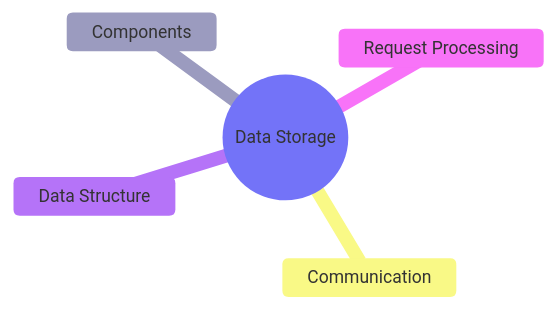
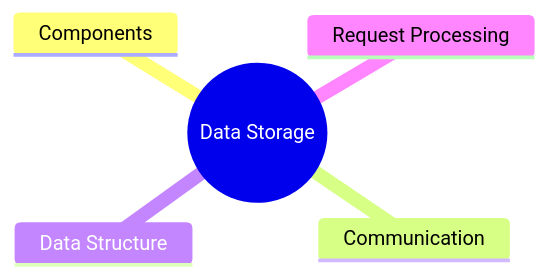
Before and after one commit to 2bits-web/4degrees: the diagram in content/_index.md, drawn with Mermaid. The commit also changed other lines of this file and 15 other files, not shown here.

```diff
--- a/content/_index.md
+++ b/content/_index.md
@@ -17,9 +18,8 @@
 {{<mermaid>}}
-%%{init:{"theme":"neo"}}%%
 mindmap
 ((Data Storage))
   Components
   Communication
   Data Structure
   Request Processing
 {{</mermaid>}}
```
